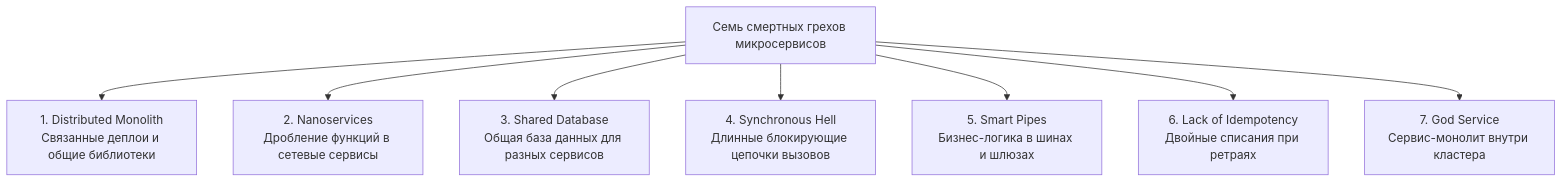
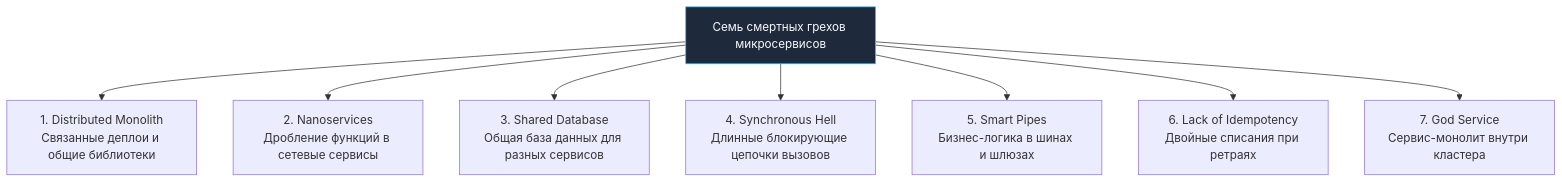
One commit to UnrealTemplier/go-textbook changed the first of 3 diagrams in sources/14. Распределенные системы на Go/09. Паттерны/7. Anti patterns микросервисов.md. Above: the diagram before and after it, drawn with Mermaid. The commit also changed 1666 other files, not shown here.

First line of the commit message:
feat(mermaid): add semantic color classDef to 1369 colorless flowchart/graph diagrams

````diff
--- a/sources/14. Распределенные системы на Go/09. Паттерны/7. Anti patterns микросервисов.md
+++ b/sources/14. Распределенные системы на Go/09. Паттерны/7. Anti patterns микросервисов.md
@@ -14,11 +14,21 @@
 ```mermaid
 flowchart TD
-    AntiPatterns["Семь смертных грехов микросервисов"]
+    classDef process  fill:#1e293b,stroke:#38bdf8,stroke-width:1px,color:#f8fafc
+    classDef success  fill:#064e3b,stroke:#34d399,stroke-width:1px,color:#f8fafc
+    classDef error    fill:#7f1d1d,stroke:#f87171,stroke-width:1px,color:#f8fafc
+    classDef warning  fill:#78350f,stroke:#fbbf24,stroke-width:1px,color:#f8fafc
+    classDef entry    fill:#1e3a5f,stroke:#38bdf8,stroke-width:2px,color:#f8fafc
+    classDef aux      fill:#334155,stroke:#64748b,stroke-width:1px,color:#f8fafc
+    classDef system   fill:#312e81,stroke:#a78bfa,stroke-width:1px,color:#f8fafc
+    classDef data     fill:#132d29,stroke:#2dd4bf,stroke-width:1px,color:#f8fafc
+    classDef network  fill:#881337,stroke:#fb7185,stroke-width:1px,color:#f8fafc
+    classDef accent   fill:#1e1b4b,stroke:#818cf8,stroke-width:1px,color:#f8fafc
+    AntiPatterns["Семь смертных грехов микросервисов"]:::process
     AntiPatterns --> M1["1. Distributed Monolith<br>Связанные деплои и общие библиотеки"]
     AntiPatterns --> M2["2. Nanoservices<br>Дробление функций в сетевые сервисы"]
     AntiPatterns --> M3["3. Shared Database<br>Общая база данных для разных сервисов"]
     AntiPatterns --> M4["4. Synchronous Hell<br>Длинные блокирующие цепочки вызовов"]
     AntiPatterns --> M5["5. Smart Pipes<br>Бизнес-логика в шинах и шлюзах"]
     AntiPatterns --> M6["6. Lack of Idempotency<br>Двойные списания при ретраях"]
     AntiPatterns --> M7["7. God Service<br>Сервис-монолит внутри кластера"]
 ```
````
